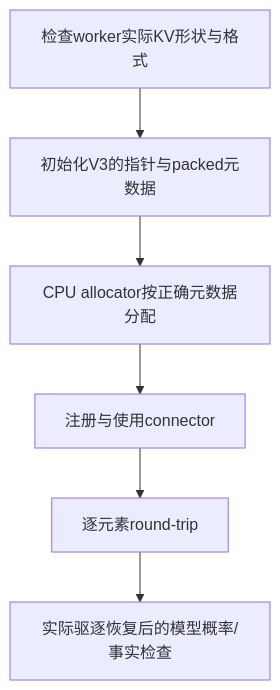
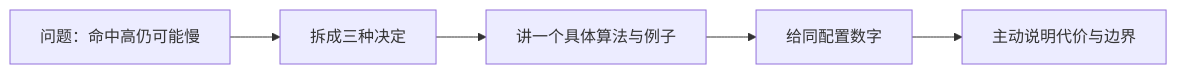
One commit to emprorsky/vllm_xxy changed diagram 33 of 34 in Documents_xxy/20261019最终面试向理解文档.md. Above: the diagram before and after it, drawn with Mermaid. The commit also changed other lines of this file and 9 other files, not shown here.

````diff
--- a/Documents_xxy/20261019最终面试向理解文档.md
+++ b/Documents_xxy/20261019最终面试向理解文档.md
@@ -1763,8 +2050,7 @@
 ```mermaid
-flowchart TB
-    A["检查worker实际KV形状与格式"] --> B["初始化V3的指针与packed元数据"]
-    B --> C["CPU allocator按正确元数据分配"]
-    C --> D["注册与使用connector"]
-    D --> E["逐元素round-trip"]
-    E --> F["实际驱逐恢复后的模型概率/事实检查"]
+flowchart LR
+    A["问题：命中高仍可能慢"] --> B["拆成三种决定"]
+    B --> C["讲一个具体算法与例子"]
+    C --> D["给同配置数字"]
+    D --> E["主动说明代价与边界"]
 ```
````
